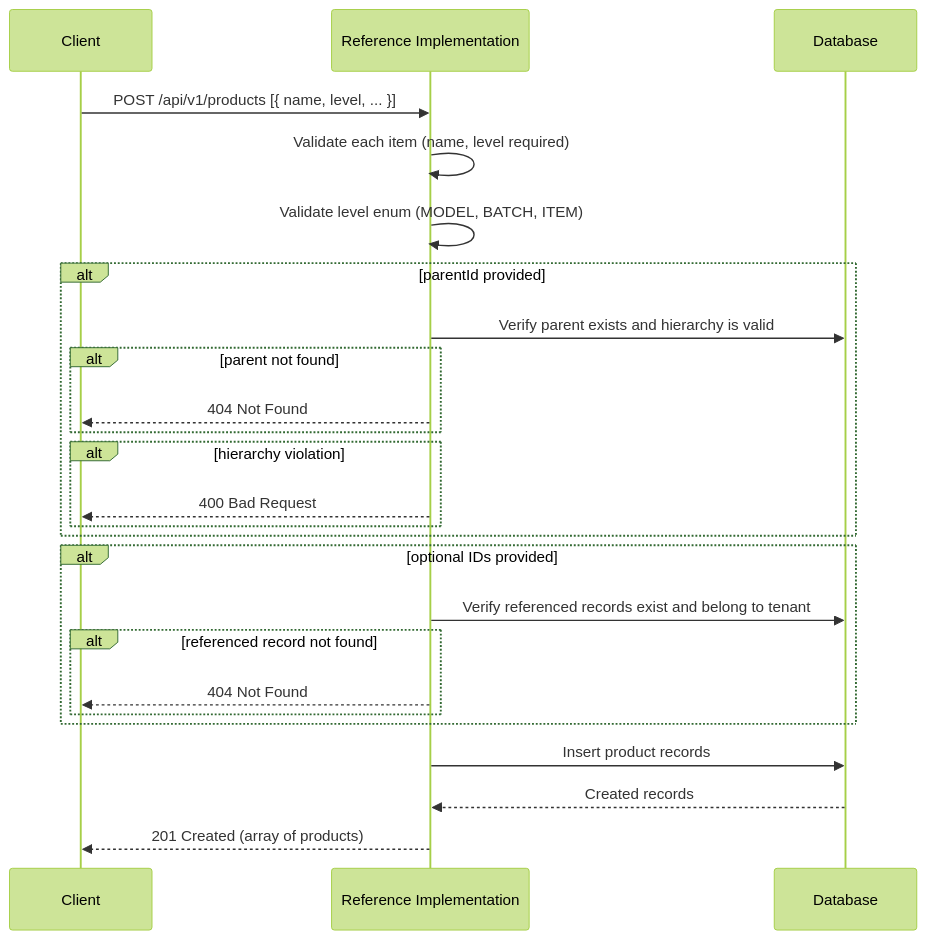
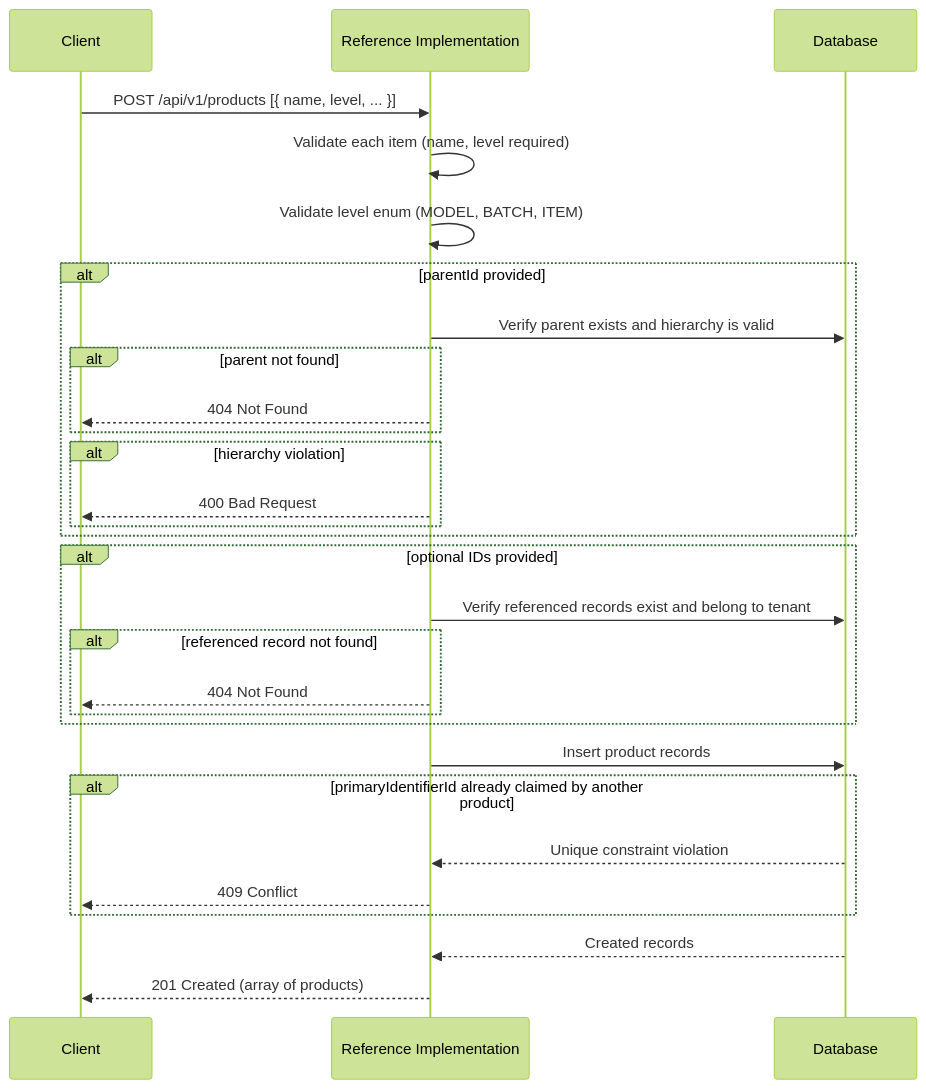
The first of 2 diagrams in documentation/docs/reference-implementation/api/products.md (uncefact/tests-untp), drawn with Mermaid (forest theme) before and after one commit. The commit also changed other lines of this file and 57 other files, not shown here.

````diff
--- a/documentation/docs/reference-implementation/api/products.md
+++ b/documentation/docs/reference-implementation/api/products.md
@@ -95,28 +97,32 @@
 ```mermaid
 sequenceDiagram
     participant Client
     participant RI as Reference Implementation
     participant DB as Database
 
     Client->>RI: POST /api/v1/products [{ name, level, ... }]
     RI->>RI: Validate each item (name, level required)
     RI->>RI: Validate level enum (MODEL, BATCH, ITEM)
     alt parentId provided
         RI->>DB: Verify parent exists and hierarchy is valid
         alt parent not found
             RI-->>Client: 404 Not Found
         end
         alt hierarchy violation
             RI-->>Client: 400 Bad Request
         end
     end
     alt optional IDs provided
         RI->>DB: Verify referenced records exist and belong to tenant
         alt referenced record not found
             RI-->>Client: 404 Not Found
         end
     end
     RI->>DB: Insert product records
+    alt primaryIdentifierId already claimed by another product
+        DB-->>RI: Unique constraint violation
+        RI-->>Client: 409 Conflict
+    end
     DB-->>RI: Created records
     RI-->>Client: 201 Created (array of products)
 ```
````
